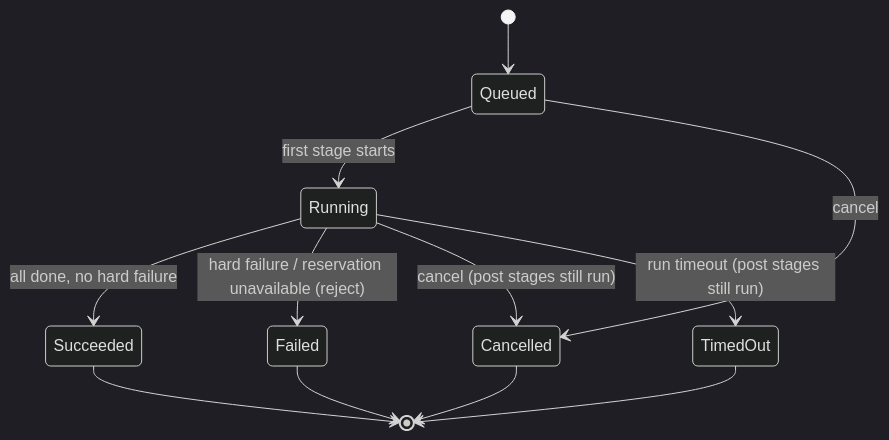
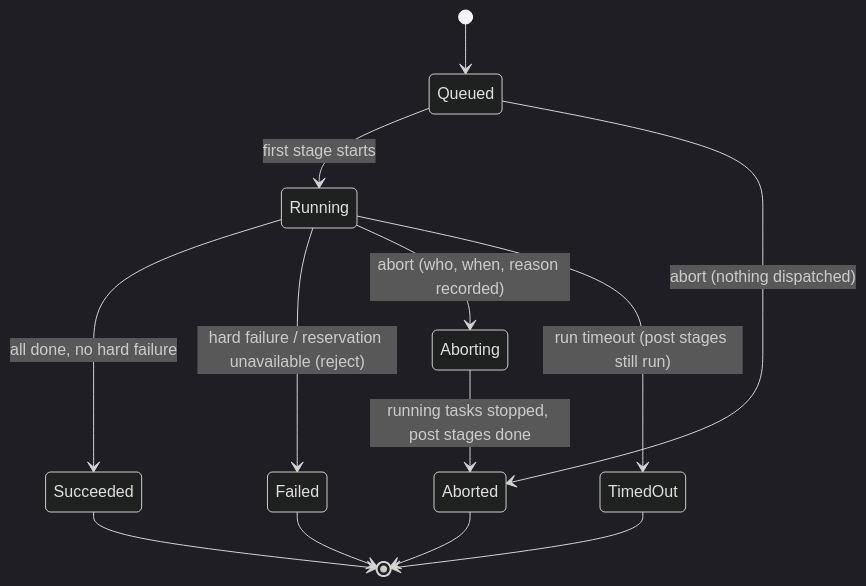
Before and after one commit to sonapraneeth-akula-dev/workflow-scheduler: the third of 9 diagrams in docs/plans/2026-10-13_workflow-scheduler_technical-design.md, drawn with Mermaid (dark theme). The commit also changed other lines of this file and 2 other files, not shown here.

First line of the commit message:
docs(ac-co55/plans): Add run abort with who, when and reason

````diff
--- a/docs/plans/2026-10-13_workflow-scheduler_technical-design.md
+++ b/docs/plans/2026-10-13_workflow-scheduler_technical-design.md
@@ -198,14 +198,15 @@
 ```mermaid
 stateDiagram-v2
   [*] --> Queued
   Queued --> Running: first stage starts
-  Queued --> Cancelled: cancel
+  Queued --> Aborted: abort (nothing dispatched)
   Running --> Succeeded: all done, no hard failure
   Running --> Failed: hard failure / reservation unavailable (reject)
-  Running --> Cancelled: cancel (post stages still run)
+  Running --> Aborting: abort (who, when, reason recorded)
+  Aborting --> Aborted: running tasks stopped, post stages done
   Running --> TimedOut: run timeout (post stages still run)
   Succeeded --> [*]
   Failed --> [*]
-  Cancelled --> [*]
+  Aborted --> [*]
   TimedOut --> [*]
 ```
````
